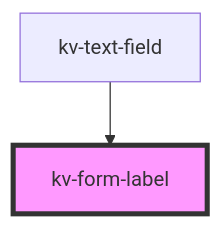
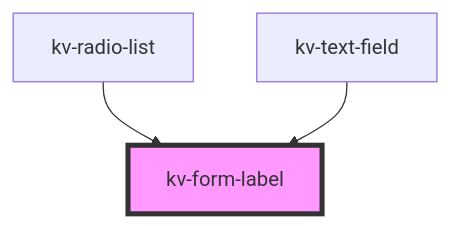
One commit to kelvininc/ui-components changed the diagram in packages/ui-components/src/components/form-label/readme.md. Above: the diagram before and after it, drawn with Mermaid. The commit also changed other lines of this file and 31 other files, not shown here.

Commit message:
feat(radio-list): add component

````diff
--- a/packages/ui-components/src/components/form-label/readme.md
+++ b/packages/ui-components/src/components/form-label/readme.md
@@ -68,5 +69,6 @@
 ```mermaid
 graph TD;
+  kv-radio-list --> kv-form-label
   kv-text-field --> kv-form-label
   style kv-form-label fill:#f9f,stroke:#333,stroke-width:4px
 ```
````
